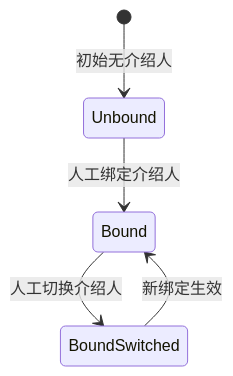
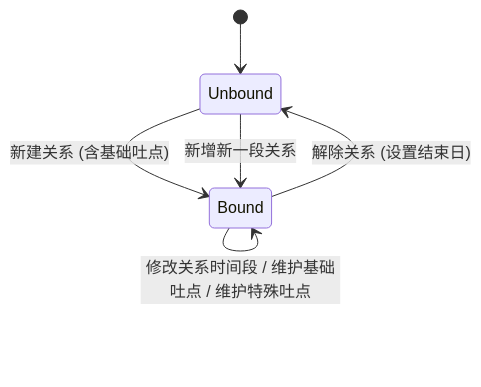
The ninth of 15 diagrams in PRD/introducer-spitpoint-prd.md (TK0918/BestAds), drawn with Mermaid before and after one commit. The commit also changed other lines of this file and 64 other files, not shown here.

````diff
--- a/PRD/introducer-spitpoint-prd.md
+++ b/PRD/introducer-spitpoint-prd.md
@@ -182,7 +325,8 @@
 ```mermaid
 stateDiagram-v2
-  [*] --> Unbound: 初始无介绍人
-  Unbound --> Bound: 人工绑定介绍人
-  Bound --> BoundSwitched: 人工切换介绍人
-  BoundSwitched --> Bound: 新绑定生效
+  [*] --> Unbound
+  Unbound --> Bound: 新建关系 (含基础吐点)
+  Bound --> Bound: 修改关系时间段 / 维护基础吐点 / 维护特殊吐点
+  Bound --> Unbound: 解除关系 (设置结束日)
+  Unbound --> Bound: 新增新一段关系
 ```
````
